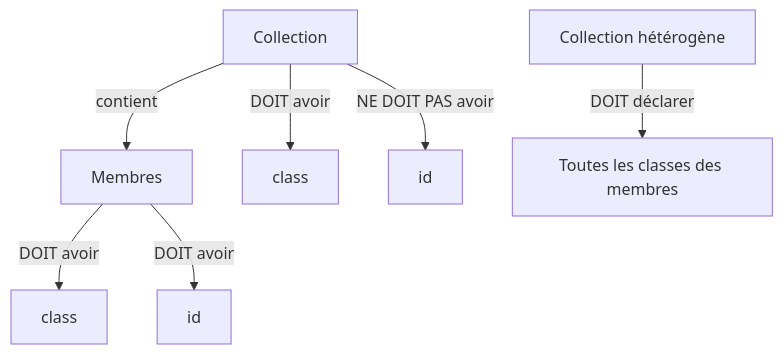
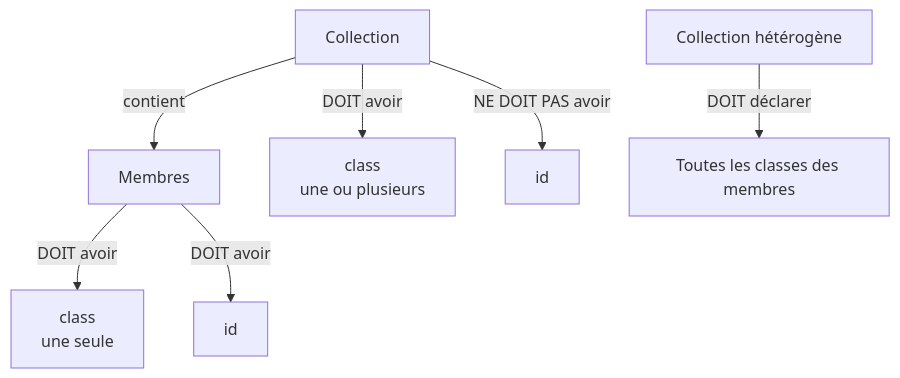
The diagram in docs/fr/EWLP.fr.md (honma-protocol/spec), drawn with Mermaid before and after one commit. The commit also changed other lines of this file, not shown here.

````diff
--- a/docs/fr/EWLP.fr.md
+++ b/docs/fr/EWLP.fr.md
@@ -93,9 +104,9 @@
 ```mermaid
 graph TD
     A[Collection] -->|contient| B[Membres]
-    A -->|DOIT avoir| C[class]
+    A -->|DOIT avoir| C[class<br>une ou plusieurs]
     A -->|NE DOIT PAS avoir| D[id]
-    B -->|DOIT avoir| E[class]
+    B -->|DOIT avoir| E[class<br>une seule]
     B -->|DOIT avoir| F[id]
     G[Collection hétérogène] -->|DOIT déclarer| H[Toutes les classes des membres]
 ```
````
